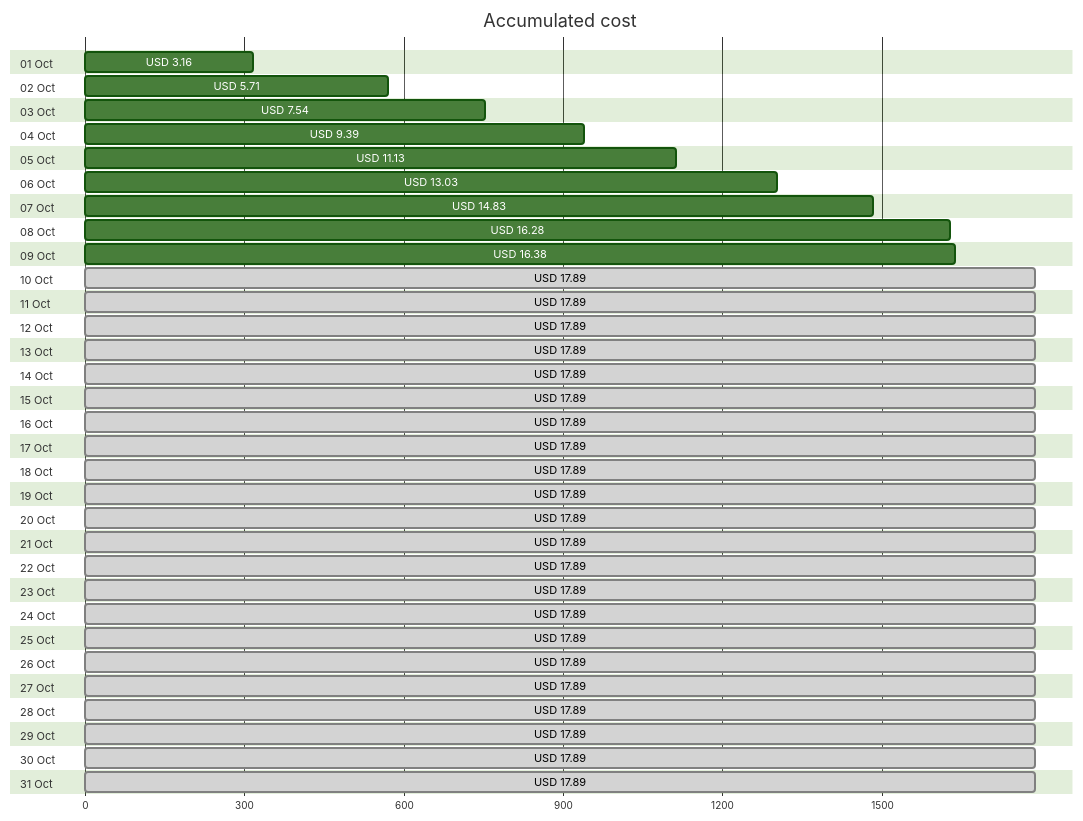
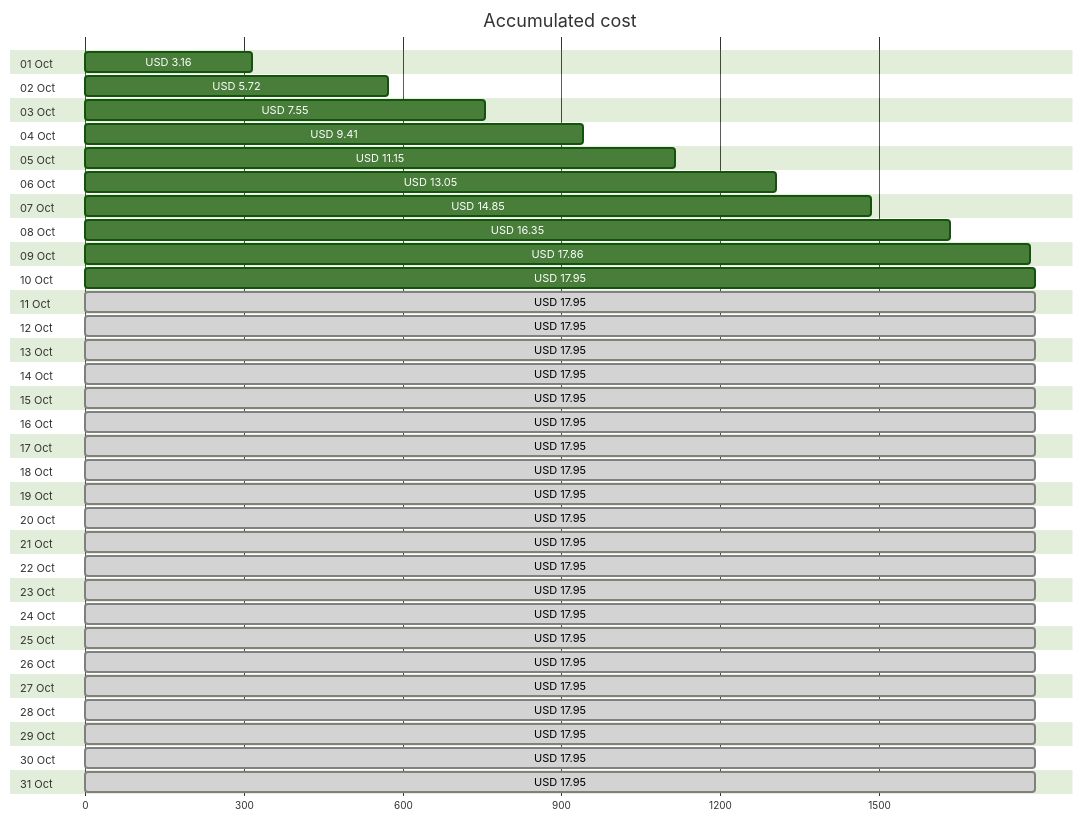
The first of 4 diagrams in cost-reports/personal-network/README.md (jpfulton/azure-personal-reports), drawn with Mermaid (forest theme) before and after one commit. The commit also changed other lines of this file and 8 other files, not shown here.

````diff
--- a/cost-reports/personal-network/README.md
+++ b/cost-reports/personal-network/README.md
@@ -20,68 +20,68 @@
 ```mermaid
 gantt
    title Accumulated cost
    dateFormat  X
    axisFormat %s
    section 01 Oct
    USD 3.16 :0, 316
    section 02 Oct
-   USD 5.71 :0, 571
+   USD 5.72 :0, 572
    section 03 Oct
-   USD 7.54 :0, 754
+   USD 7.55 :0, 755
    section 04 Oct
-   USD 9.39 :0, 939
+   USD 9.41 :0, 941
    section 05 Oct
-   USD 11.13 :0, 1113
+   USD 11.15 :0, 1115
    section 06 Oct
-   USD 13.03 :0, 1303
+   USD 13.05 :0, 1305
    section 07 Oct
-   USD 14.83 :0, 1483
+   USD 14.85 :0, 1485
    section 08 Oct
-   USD 16.28 :0, 1628
+   USD 16.35 :0, 1635
    section 09 Oct
-   USD 16.38 :0, 1638
+   USD 17.86 :0, 1786
    section 10 Oct
-   USD 17.89 : done, 0, 1789
+   USD 17.95 :0, 1795
    section 11 Oct
-   USD 17.89 : done, 0, 1789
+   USD 17.95 : done, 0, 1795
    section 12 Oct
-   USD 17.89 : done, 0, 1789
+   USD 17.95 : done, 0, 1795
    section 13 Oct
-   USD 17.89 : done, 0, 1789
+   USD 17.95 : done, 0, 1795
    section 14 Oct
-   USD 17.89 : done, 0, 1789
+   USD 17.95 : done, 0, 1795
    section 15 Oct
-   USD 17.89 : done, 0, 1789
+   USD 17.95 : done, 0, 1795
    section 16 Oct
-   USD 17.89 : done, 0, 1789
+   USD 17.95 : done, 0, 1795
    section 17 Oct
-   USD 17.89 : done, 0, 1789
+   USD 17.95 : done, 0, 1795
    section 18 Oct
-   USD 17.89 : done, 0, 1789
+   USD 17.95 : done, 0, 1795
    section 19 Oct
-   USD 17.89 : done, 0, 1789
+   USD 17.95 : done, 0, 1795
    section 20 Oct
-   USD 17.89 : done, 0, 1789
+   USD 17.95 : done, 0, 1795
    section 21 Oct
-   USD 17.89 : done, 0, 1789
+   USD 17.95 : done, 0, 1795
    section 22 Oct
-   USD 17.89 : done, 0, 1789
+   USD 17.95 : done, 0, 1795
    section 23 Oct
-   USD 17.89 : done, 0, 1789
+   USD 17.95 : done, 0, 1795
    section 24 Oct
-   USD 17.89 : done, 0, 1789
+   USD 17.95 : done, 0, 1795
    section 25 Oct
-   USD 17.89 : done, 0, 1789
+   USD 17.95 : done, 0, 1795
    section 26 Oct
-   USD 17.89 : done, 0, 1789
+   USD 17.95 : done, 0, 1795
    section 27 Oct
-   USD 17.89 : done, 0, 1789
+   USD 17.95 : done, 0, 1795
    section 28 Oct
-   USD 17.89 : done, 0, 1789
+   USD 17.95 : done, 0, 1795
    section 29 Oct
-   USD 17.89 : done, 0, 1789
+   USD 17.95 : done, 0, 1795
    section 30 Oct
-   USD 17.89 : done, 0, 1789
+   USD 17.95 : done, 0, 1795
    section 31 Oct
-   USD 17.89 : done, 0, 1789
+   USD 17.95 : done, 0, 1795
 ```
````
